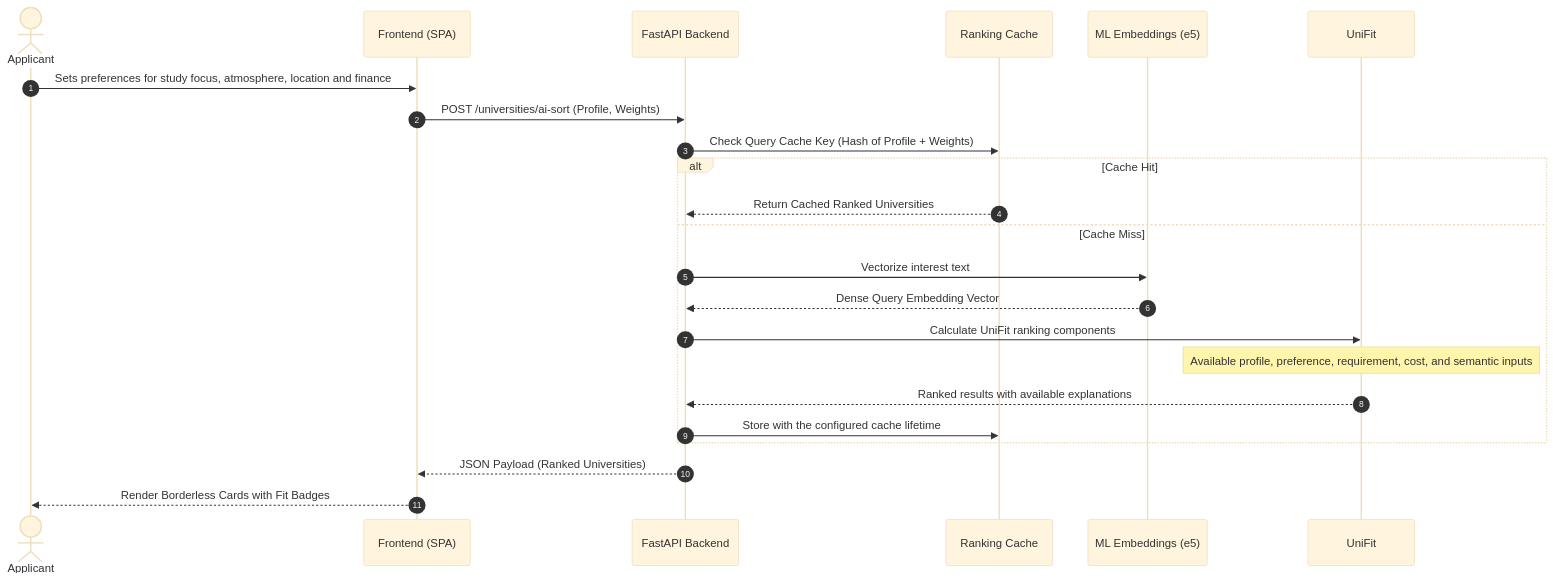
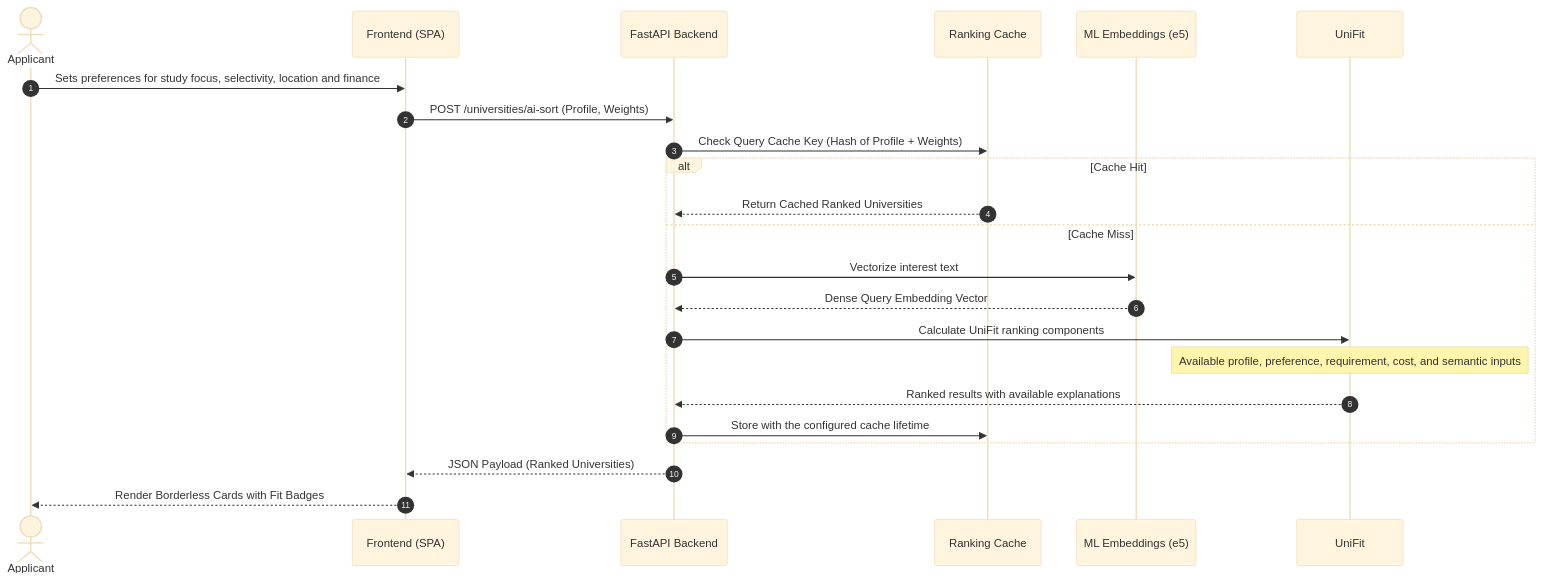
The second of 2 diagrams in docs/architecture.md (mukhammedsh/unisearch), drawn with Mermaid (base theme) before and after one commit. The commit also changed 21 other files, not shown here.

````diff
--- a/docs/architecture.md
+++ b/docs/architecture.md
@@ -148,26 +148,26 @@
 ```mermaid
 sequenceDiagram
     autonumber
     actor User as Applicant
     participant Client as Frontend (SPA)
     participant API as FastAPI Backend
     participant Cache as Ranking Cache
     participant ML as ML Embeddings (e5)
     participant Engine as UniFit
 
-    User->>Client: Sets preferences for study focus, atmosphere, location and finance
+    User->>Client: Sets preferences for study focus, selectivity, location and finance
     Client->>API: POST /universities/ai-sort (Profile, Weights)
     API->>Cache: Check Query Cache Key (Hash of Profile + Weights)
     alt Cache Hit
         Cache-->>API: Return Cached Ranked Universities
     else Cache Miss
         API->>ML: Vectorize interest text
         ML-->>API: Dense Query Embedding Vector
         API->>Engine: Calculate UniFit ranking components
         Note over Engine: Available profile, preference, requirement, cost, and semantic inputs
         Engine-->>API: Ranked results with available explanations
         API->>Cache: Store with the configured cache lifetime
     end
     API-->>Client: JSON Payload (Ranked Universities)
     Client-->>User: Render Borderless Cards with Fit Badges
 ```
````
